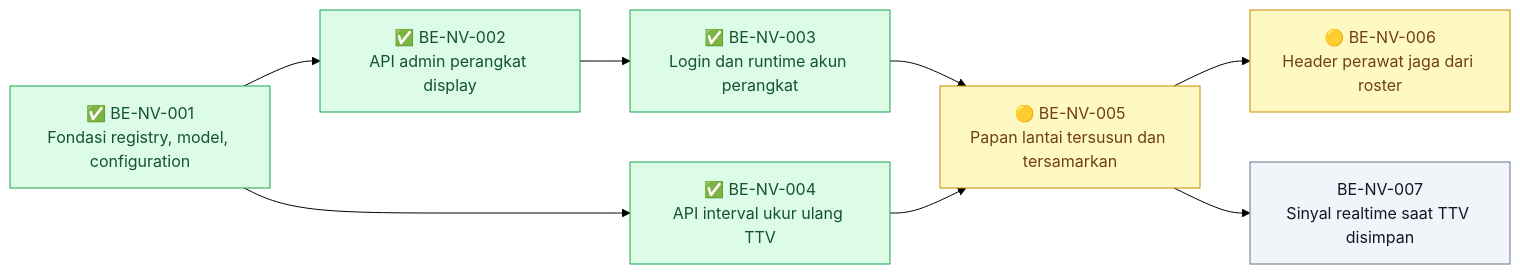
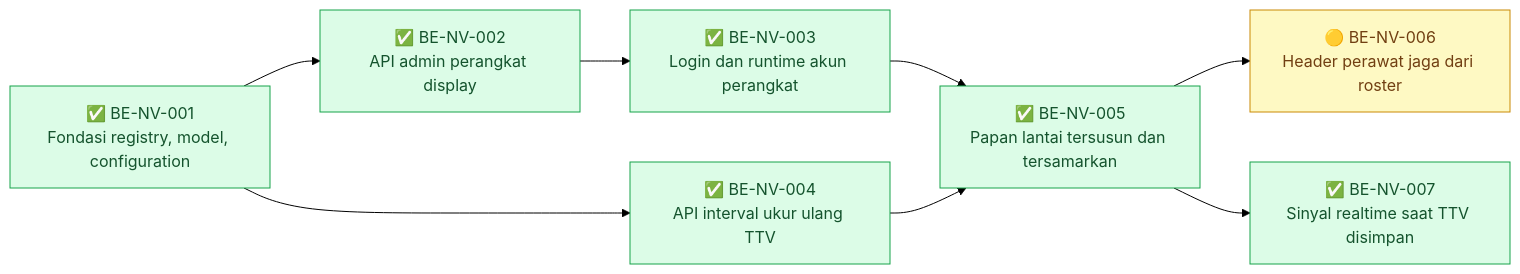
Before and after one commit to DevBenari/NewQuilvianSystemBackend: the diagram in docs/module-blueprints/nurse-view/roadmap/backend-roadmap.md, drawn with Mermaid (forest theme). The commit also changed other lines of this file and 10 other files, not shown here.

````diff
--- a/docs/module-blueprints/nurse-view/roadmap/backend-roadmap.md
+++ b/docs/module-blueprints/nurse-view/roadmap/backend-roadmap.md
@@ -22,24 +22,24 @@
 ```mermaid
 flowchart LR
     classDef selesai fill:#DCFCE7,stroke:#16A34A,color:#14532D
     classDef sebagian fill:#FEF9C3,stroke:#CA8A04,color:#713F12
     classDef terblokir fill:#FEE2E2,stroke:#DC2626,color:#7F1D1D
     classDef belum fill:#F1F5F9,stroke:#64748B,color:#0F172A
     classDef luar fill:#EDE9FE,stroke:#7C3AED,color:#3B0764
 
     BENV001["✅ BE-NV-001<br/>Fondasi registry, model, configuration"]:::selesai
     BENV002["✅ BE-NV-002<br/>API admin perangkat display"]:::selesai
     BENV003["✅ BE-NV-003<br/>Login dan runtime akun perangkat"]:::selesai
     BENV004["✅ BE-NV-004<br/>API interval ukur ulang TTV"]:::selesai
-    BENV005["🟡 BE-NV-005<br/>Papan lantai tersusun dan tersamarkan"]:::sebagian
+    BENV005["✅ BE-NV-005<br/>Papan lantai tersusun dan tersamarkan"]:::selesai
     BENV006["🟡 BE-NV-006<br/>Header perawat jaga dari roster"]:::sebagian
-    BENV007["BE-NV-007<br/>Sinyal realtime saat TTV disimpan"]:::belum
+    BENV007["✅ BE-NV-007<br/>Sinyal realtime saat TTV disimpan"]:::selesai
 
     BENV001 --> BENV002
     BENV001 --> BENV004
     BENV002 --> BENV003
     BENV003 --> BENV005
     BENV004 --> BENV005
     BENV005 --> BENV006
     BENV005 --> BENV007
 ```
````
